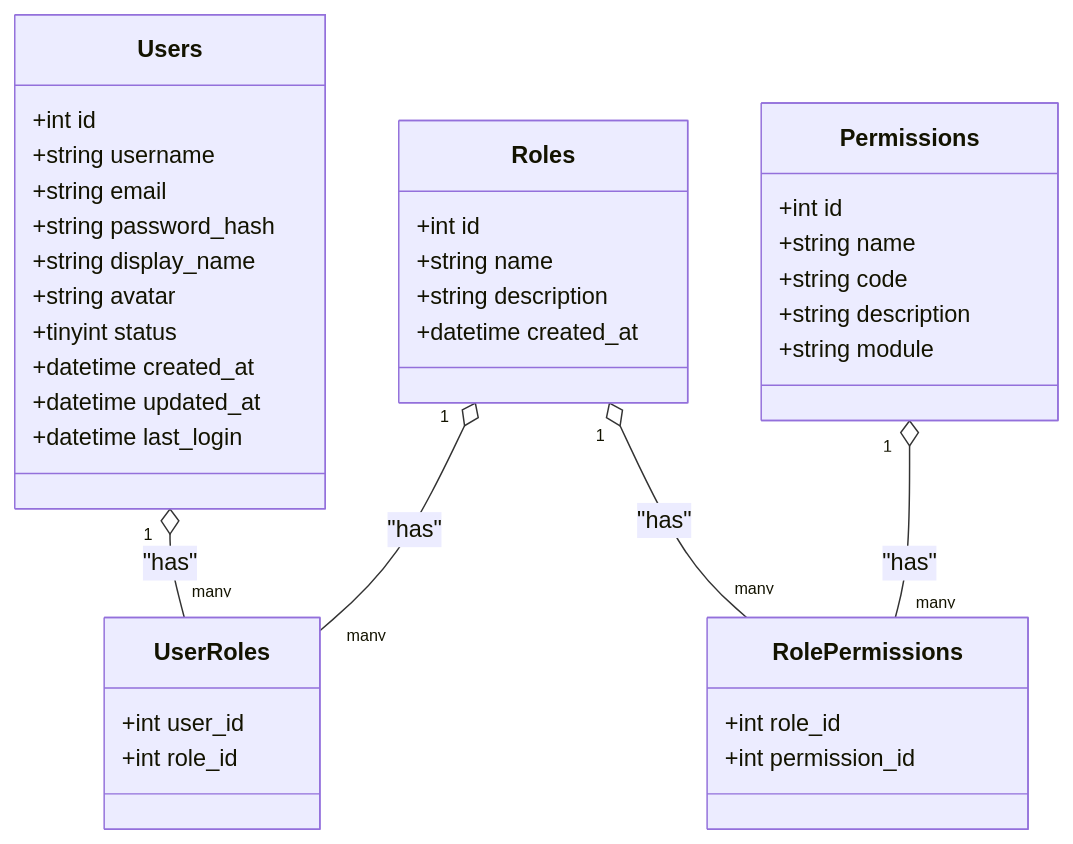
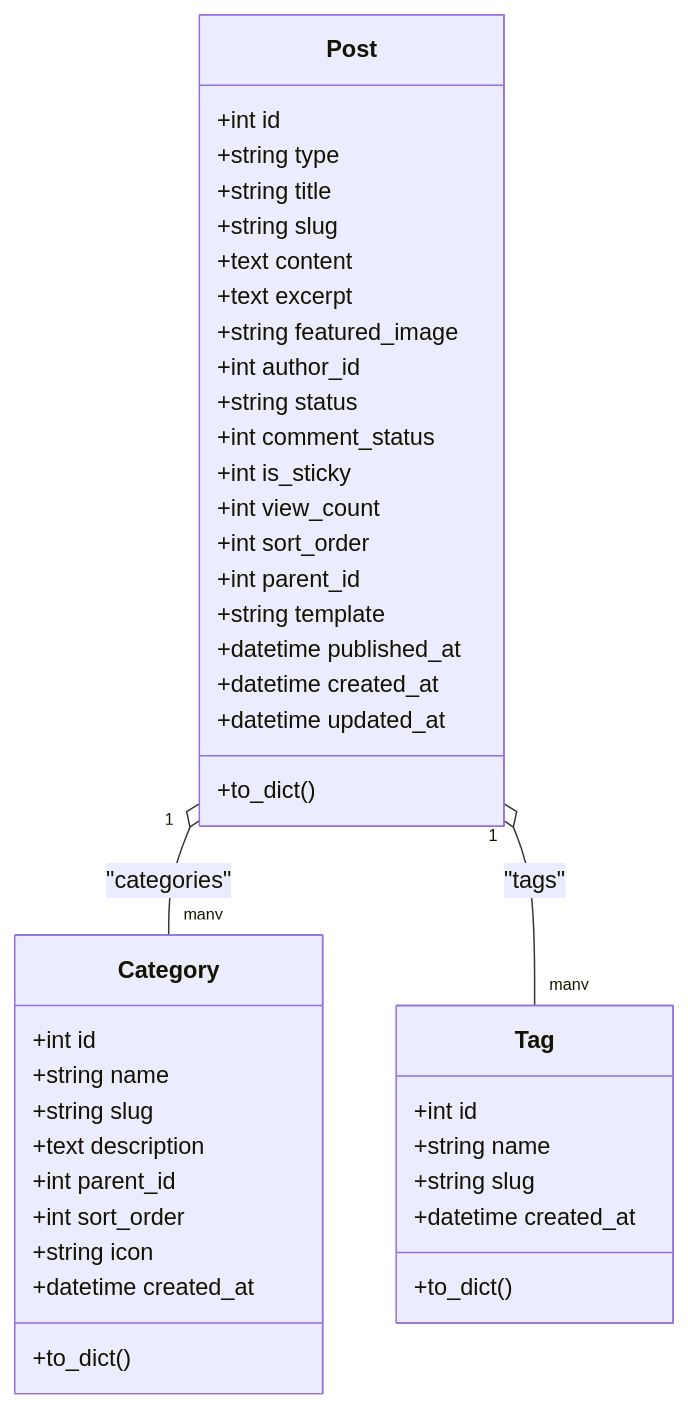
Before and after one commit to wyg5208/website_diy: the fourth of 6 diagrams in .qoder/repowiki/zh/content/数据库设计.md, drawn with Mermaid. The commit also changed other lines of this file and 43 other files, not shown here.

````diff
--- a/.qoder/repowiki/zh/content/数据库设计.md
+++ b/.qoder/repowiki/zh/content/数据库设计.md
@@ -220,40 +226,44 @@
 ```mermaid
 classDiagram
-class Users {
+class Post {
 +int id
-+string username
-+string email
-+string password_hash
-+string display_name
-+string avatar
-+tinyint status
++string type
++string title
++string slug
++text content
++text excerpt
++string featured_image
++int author_id
++string status
++int comment_status
++int is_sticky
++int view_count
++int sort_order
++int parent_id
++string template
++datetime published_at
 +datetime created_at
 +datetime updated_at
-+datetime last_login
++to_dict()
 }
-class Roles {
+class Category {
 +int id
 +string name
-+string description
++string slug
++text description
++int parent_id
++int sort_order
++string icon
 +datetime created_at
++to_dict()
 }
-class Permissions {
+class Tag {
 +int id
 +string name
-+string code
-+string description
-+string module
++string slug
++datetime created_at
++to_dict()
 }
-class UserRoles {
-+int user_id
-+int role_id
-}
-class RolePermissions {
-+int role_id
-+int permission_id
-}
-Users "1" o-- "many" UserRoles : "has"
-Roles "1" o-- "many" UserRoles : "has"
-Roles "1" o-- "many" RolePermissions : "has"
-Permissions "1" o-- "many" RolePermissions : "has"
+Post "1" o-- "many" Category : "categories"
+Post "1" o-- "many" Tag : "tags"
 ```
````
